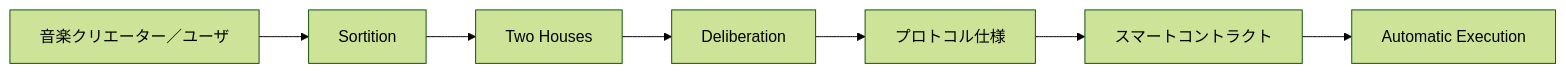
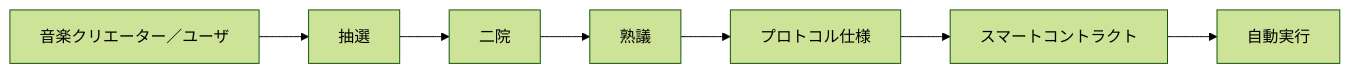
The first of 23 diagrams in docs/whitepaper/07-governance.md (ShigeichiroYamasaki/creator-first-platform), drawn with Mermaid (forest theme) before and after one commit. The commit also changed other lines of this file and 72 other files, not shown here.

````diff
--- a/docs/whitepaper/07-governance.md
+++ b/docs/whitepaper/07-governance.md
@@ -19,12 +19,12 @@
 ```mermaid
 flowchart LR
     COMMUNITY[音楽クリエーター／ユーザ]
-    SORT[Sortition]
-    HOUSE[Two Houses]
-    DELIB[Deliberation]
+    SORT[抽選]
+    HOUSE[二院]
+    DELIB[熟議]
     SPEC[プロトコル仕様]
     CODE[スマートコントラクト]
-    EXEC[Automatic Execution]
+    EXEC[自動実行]
 
     COMMUNITY --> SORT --> HOUSE --> DELIB --> SPEC --> CODE --> EXEC
 ```
````
